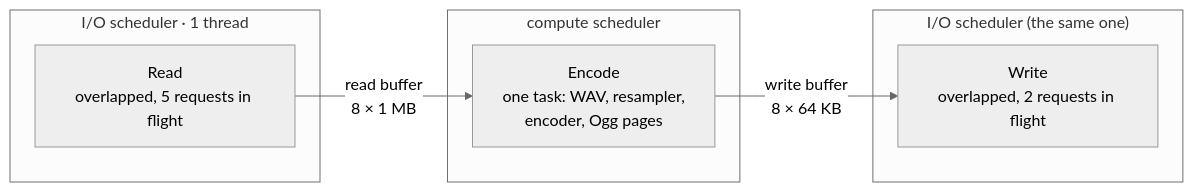
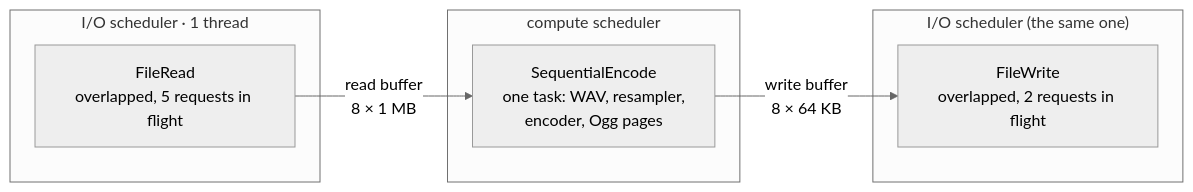
The diagram in ctOpus/docs/images/step-1-async-io.mmd (ThinkMeta-com/ThinkMeta.ConcurrentTasks.Samples), drawn with Mermaid (neutral theme) before and after one commit. The commit also changed 700 other files, not shown here.

```diff
--- a/ctOpus/docs/images/step-1-async-io.mmd
+++ b/ctOpus/docs/images/step-1-async-io.mmd
@@ -1,12 +1,12 @@
 flowchart LR
     subgraph io ["I/O scheduler · 1 thread"]
-        R["Read<br/>overlapped, 5 requests in flight"]
+        R["FileRead<br/>overlapped, 5 requests in flight"]
     end
     subgraph cpu ["compute scheduler"]
-        E["Encode<br/>one task: WAV, resampler,<br/>encoder, Ogg pages"]
+        E["SequentialEncode<br/>one task: WAV, resampler,<br/>encoder, Ogg pages"]
     end
     subgraph io2 ["I/O scheduler (the same one)"]
-        W["Write<br/>overlapped, 2 requests in flight"]
+        W["FileWrite<br/>overlapped, 2 requests in flight"]
     end
     R -- "read buffer<br/>8 × 1 MB" --> E
     E -- "write buffer<br/>8 × 64 KB" --> W
```
